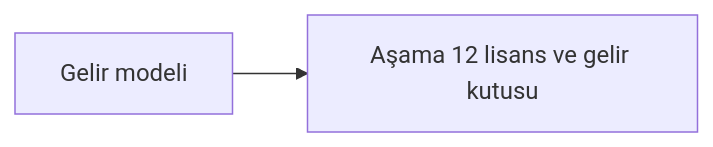
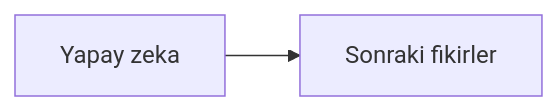
The third of 4 diagrams in docs/roadmap.md (dogancanyildiz/kenet), drawn with Mermaid before and after one commit. The commit also changed other lines of this file and 2 other files, not shown here.

First line of the commit message:
docs: gelir modeli gönüllü destek olarak karara bağlanır (#405)

````diff
--- a/docs/roadmap.md
+++ b/docs/roadmap.md
@@ -93,4 +93,4 @@
 ```mermaid
 flowchart LR
-    GM[Gelir modeli] --> A12[Aşama 12 lisans ve gelir kutusu]
+    YZ[Yapay zeka] --> SF[Sonraki fikirler]
 ```
````
